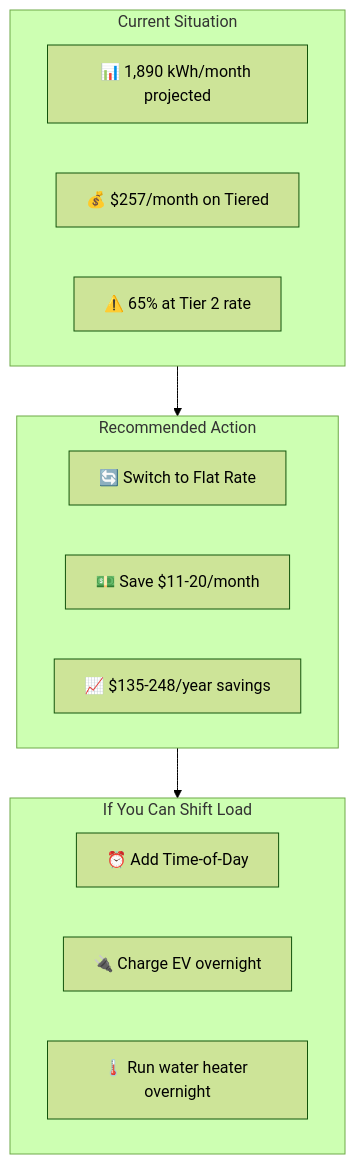
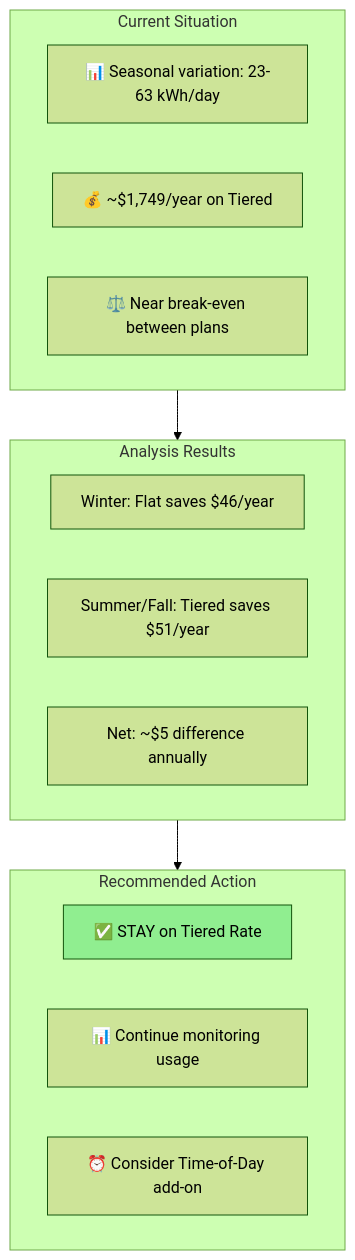
The tenth of 11 diagrams in docs/BC_HYDRO_RATE_ANALYSIS.md (murr2k/linknode-com), drawn with Mermaid (forest theme) before and after one commit. The commit also changed other lines of this file and 1 other file, not shown here.

First line of the commit message:
docs: Update rate analysis with actual bill data and seasonal patterns

````diff
--- a/docs/BC_HYDRO_RATE_ANALYSIS.md
+++ b/docs/BC_HYDRO_RATE_ANALYSIS.md
@@ -191,24 +345,26 @@
 ```mermaid
 flowchart TB
     subgraph Current["Current Situation"]
-        C1["📊 1,890 kWh/month projected"]
-        C2["💰 $257/month on Tiered"]
-        C3["⚠️ 65% at Tier 2 rate"]
+        C1["📊 Seasonal variation: 23-63 kWh/day"]
+        C2["💰 ~$1,749/year on Tiered"]
+        C3["⚖️ Near break-even between plans"]
     end
 
-    subgraph Recommended["Recommended Action"]
-        R1["🔄 Switch to Flat Rate"]
-        R2["💵 Save $11-20/month"]
-        R3["📈 $135-248/year savings"]
+    subgraph Analysis["Analysis Results"]
+        A1["Winter: Flat saves $46/year"]
+        A2["Summer/Fall: Tiered saves $51/year"]
+        A3["Net: ~$5 difference annually"]
     end
 
-    Current --> Recommended
+    Current --> Analysis
 
-    subgraph Optional["If You Can Shift Load"]
-        O1["⏰ Add Time-of-Day"]
-        O2["🔌 Charge EV overnight"]
-        O3["🌡️ Run water heater overnight"]
+    subgraph Recommended["Recommended Action"]
+        R1["✅ STAY on Tiered Rate"]
+        R2["📊 Continue monitoring usage"]
+        R3["⏰ Consider Time-of-Day add-on"]
     end
 
-    Recommended --> Optional
+    Analysis --> Recommended
+
+    style R1 fill:#90EE90
 ```
````
